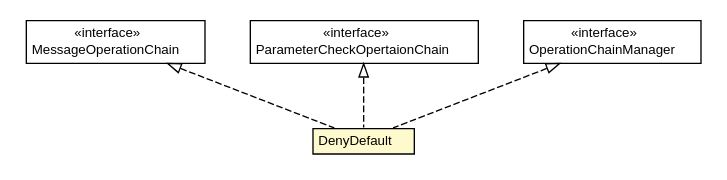
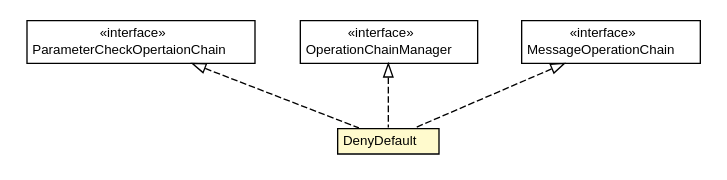
One commit to universAAL/remote changed the diagram in ri.pom/apidocs/org/universAAL/ri/gateway/operations/DenyDefault.dot. Above: the diagram before and after it, drawn with Graphviz. The commit also changed 1156 other files, not shown here.

```diff
--- a/ri.pom/apidocs/org/universAAL/ri/gateway/operations/DenyDefault.dot
+++ b/ri.pom/apidocs/org/universAAL/ri/gateway/operations/DenyDefault.dot
@@ -1,45 +1,45 @@
 #!/usr/local/bin/dot
 #
 # Class diagram 
 # Generated by UMLGraph version R5_6-24-gf6e263 (http://www.umlgraph.org/)
 #
 
 digraph G {
 	edge [fontname="Helvetica",fontsize=10,labelfontname="Helvetica",labelfontsize=10];
 	node [fontname="Helvetica",fontsize=10,shape=plaintext];
 	nodesep=0.25;
 	ranksep=0.5;
+	// org.universAAL.ri.gateway.operations.ParameterCheckOpertaionChain
+	c15744 [label=<<table title="org.universAAL.ri.gateway.operations.ParameterCheckOpertaionChain" border="0" cellborder="1" cellspacing="0" cellpadding="2" port="p" href="./ParameterCheckOpertaionChain.html">
+		<tr><td><table border="0" cellspacing="0" cellpadding="1">
+<tr><td align="center" balign="center"> &#171;interface&#187; </td></tr>
+<tr><td align="center" balign="center"> ParameterCheckOpertaionChain </td></tr>
+		</table></td></tr>
+		</table>>, URL="./ParameterCheckOpertaionChain.html", fontname="Helvetica", fontcolor="black", fontsize=10.0];
 	// org.universAAL.ri.gateway.operations.DenyDefault
-	c15765 [label=<<table title="org.universAAL.ri.gateway.operations.DenyDefault" border="0" cellborder="1" cellspacing="0" cellpadding="2" port="p" bgcolor="lemonChiffon" href="./DenyDefault.html">
+	c15746 [label=<<table title="org.universAAL.ri.gateway.operations.DenyDefault" border="0" cellborder="1" cellspacing="0" cellpadding="2" port="p" bgcolor="lemonChiffon" href="./DenyDefault.html">
 		<tr><td><table border="0" cellspacing="0" cellpadding="1">
 <tr><td align="center" balign="center"> DenyDefault </td></tr>
 		</table></td></tr>
 		</table>>, URL="./DenyDefault.html", fontname="Helvetica", fontcolor="black", fontsize=10.0];
+	// org.universAAL.ri.gateway.operations.OperationChainManager
+	c15747 [label=<<table title="org.universAAL.ri.gateway.operations.OperationChainManager" border="0" cellborder="1" cellspacing="0" cellpadding="2" port="p" href="./OperationChainManager.html">
+		<tr><td><table border="0" cellspacing="0" cellpadding="1">
+<tr><td align="center" balign="center"> &#171;interface&#187; </td></tr>
+<tr><td align="center" balign="center"> OperationChainManager </td></tr>
+		</table></td></tr>
+		</table>>, URL="./OperationChainManager.html", fontname="Helvetica", fontcolor="black", fontsize=10.0];
 	// org.universAAL.ri.gateway.operations.MessageOperationChain
-	c15767 [label=<<table title="org.universAAL.ri.gateway.operations.MessageOperationChain" border="0" cellborder="1" cellspacing="0" cellpadding="2" port="p" href="./MessageOperationChain.html">
+	c15748 [label=<<table title="org.universAAL.ri.gateway.operations.MessageOperationChain" border="0" cellborder="1" cellspacing="0" cellpadding="2" port="p" href="./MessageOperationChain.html">
 		<tr><td><table border="0" cellspacing="0" cellpadding="1">
 <tr><td align="center" balign="center"> &#171;interface&#187; </td></tr>
 <tr><td align="center" balign="center"> MessageOperationChain </td></tr>
 		</table></td></tr>
 		</table>>, URL="./MessageOperationChain.html", fontname="Helvetica", fontcolor="black", fontsize=10.0];
-	// org.universAAL.ri.gateway.operations.ParameterCheckOpertaionChain
-	c15770 [label=<<table title="org.universAAL.ri.gateway.operations.ParameterCheckOpertaionChain" border="0" cellborder="1" cellspacing="0" cellpadding="2" port="p" href="./ParameterCheckOpertaionChain.html">
-		<tr><td><table border="0" cellspacing="0" cellpadding="1">
-<tr><td align="center" balign="center"> &#171;interface&#187; </td></tr>
-<tr><td align="center" balign="center"> ParameterCheckOpertaionChain </td></tr>
-		</table></td></tr>
-		</table>>, URL="./ParameterCheckOpertaionChain.html", fontname="Helvetica", fontcolor="black", fontsize=10.0];
-	// org.universAAL.ri.gateway.operations.OperationChainManager
-	c15771 [label=<<table title="org.universAAL.ri.gateway.operations.OperationChainManager" border="0" cellborder="1" cellspacing="0" cellpadding="2" port="p" href="./OperationChainManager.html">
-		<tr><td><table border="0" cellspacing="0" cellpadding="1">
-<tr><td align="center" balign="center"> &#171;interface&#187; </td></tr>
-<tr><td align="center" balign="center"> OperationChainManager </td></tr>
-		</table></td></tr>
-		</table>>, URL="./OperationChainManager.html", fontname="Helvetica", fontcolor="black", fontsize=10.0];
 	//org.universAAL.ri.gateway.operations.DenyDefault implements org.universAAL.ri.gateway.operations.MessageOperationChain
-	c15767:p -> c15765:p [dir=back,arrowtail=empty,style=dashed];
+	c15748:p -> c15746:p [dir=back,arrowtail=empty,style=dashed];
 	//org.universAAL.ri.gateway.operations.DenyDefault implements org.universAAL.ri.gateway.operations.ParameterCheckOpertaionChain
-	c15770:p -> c15765:p [dir=back,arrowtail=empty,style=dashed];
+	c15744:p -> c15746:p [dir=back,arrowtail=empty,style=dashed];
 	//org.universAAL.ri.gateway.operations.DenyDefault implements org.universAAL.ri.gateway.operations.OperationChainManager
-	c15771:p -> c15765:p [dir=back,arrowtail=empty,style=dashed];
+	c15747:p -> c15746:p [dir=back,arrowtail=empty,style=dashed];
 }
```
